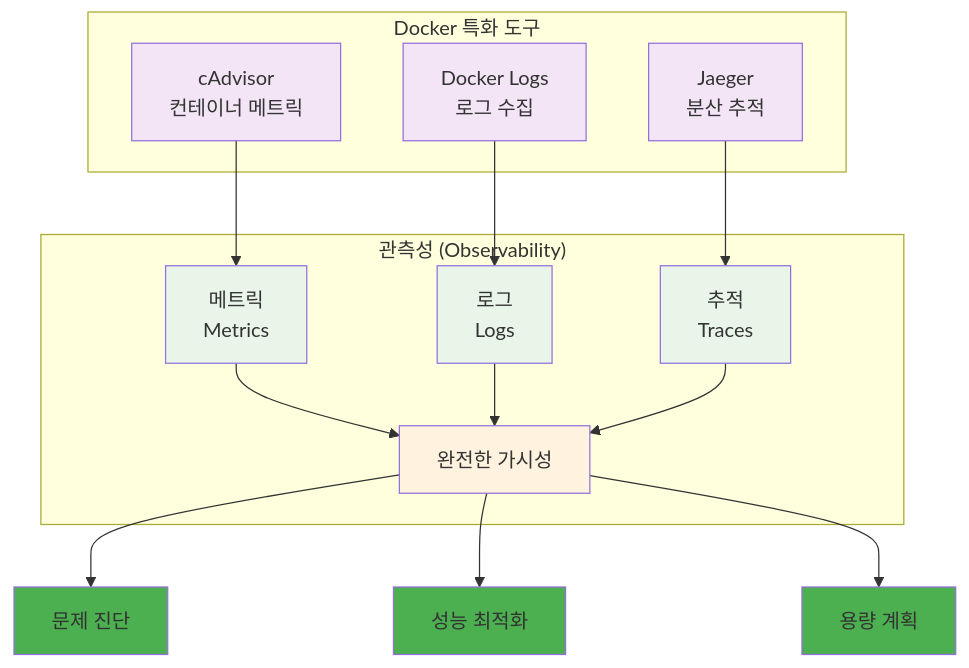
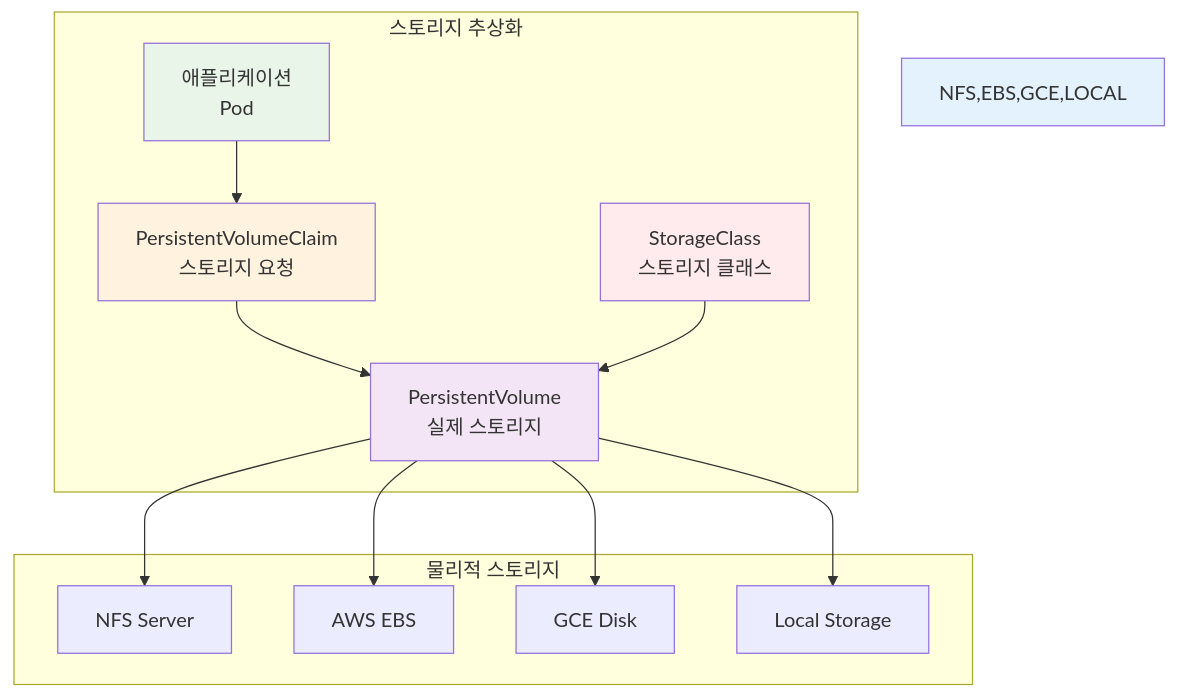
One commit to niceguy61/kdt_devops_lecture_2025 changed the fifth of 5 diagrams in theory/week_02/day4/session_2.md. Above: the diagram before and after it, drawn with Mermaid. The commit also changed other lines of this file and 70 other files, not shown here.

````diff
--- a/theory/week_02/day4/session_2.md
+++ b/theory/week_02/day4/session_2.md
@@ -148,29 +336,30 @@
 ```mermaid
 graph TB
-    subgraph "관측성 (Observability)"
-        A[메트릭<br/>Metrics] --> D[완전한 가시성]
-        B[로그<br/>Logs] --> D
-        C[추적<br/>Traces] --> D
+    subgraph "스토리지 추상화"
+        APP[애플리케이션<br/>Pod]
+        PVC[PersistentVolumeClaim<br/>스토리지 요청]
+        PV[PersistentVolume<br/>실제 스토리지]
+        SC[StorageClass<br/>스토리지 클래스]
     end
     
-    subgraph "Docker 특화 도구"
-        E[cAdvisor<br/>컨테이너 메트릭] --> A
-        F[Docker Logs<br/>로그 수집] --> B
-        G[Jaeger<br/>분산 추적] --> C
+    subgraph "물리적 스토리지"
+        NFS[NFS Server]
+        EBS[AWS EBS]
+        GCE[GCE Disk]
+        LOCAL[Local Storage]
     end
     
-    D --> H[문제 진단]
-    D --> I[성능 최적화]
-    D --> J[용량 계획]
+    APP --> PVC
+    PVC --> PV
+    SC --> PV
+    PV --> NFS
+    PV --> EBS
+    PV --> GCE
+    PV --> LOCAL
     
-    style A fill:#e8f5e8
-    style B fill:#e8f5e8
-    style C fill:#e8f5e8
-    style D fill:#fff3e0
-    style E fill:#f3e5f5
-    style F fill:#f3e5f5
-    style G fill:#f3e5f5
-    style H fill:#4caf50
-    style I fill:#4caf50
-    style J fill:#4caf50
+    style APP fill:#e8f5e8
+    style PVC fill:#fff3e0
+    style PV fill:#f3e5f5
+    style SC fill:#ffebee
+    style NFS,EBS,GCE,LOCAL fill:#e3f2fd
 ```
````
